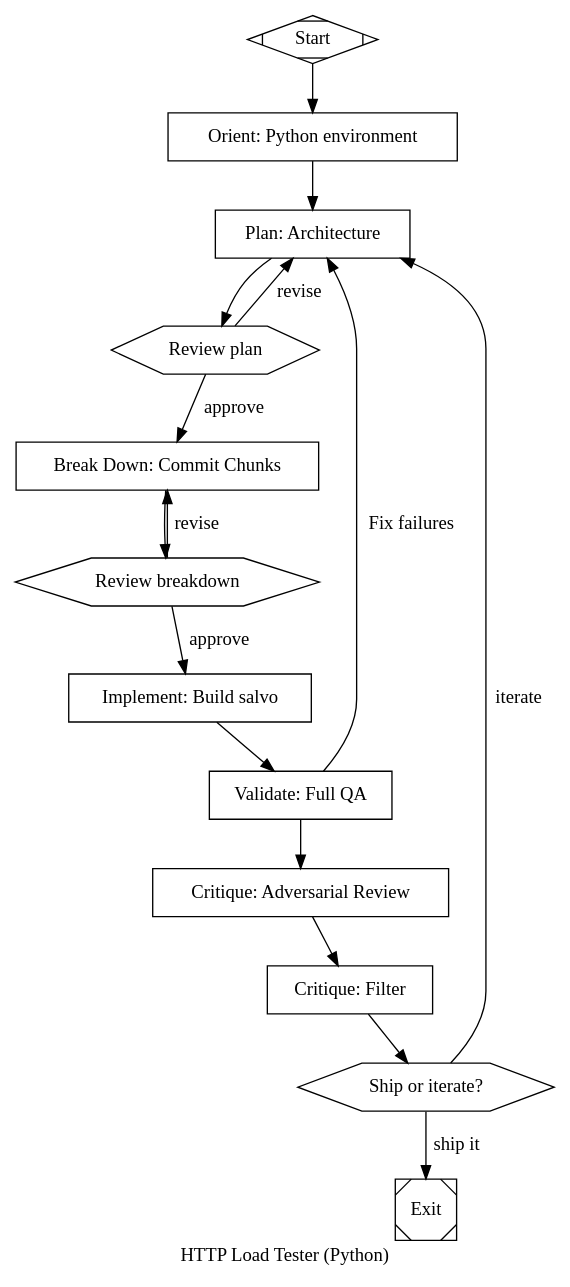
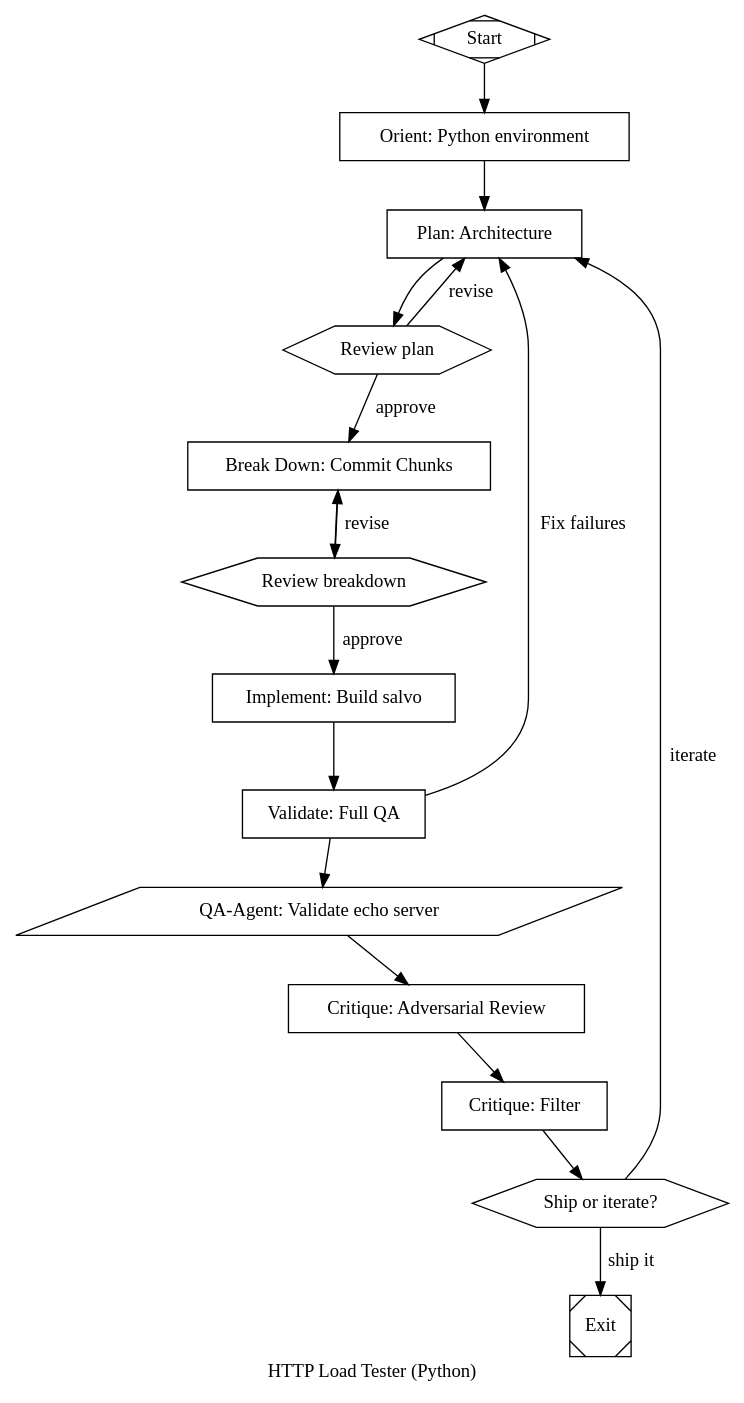
The diagram in dotfiles/project-http-load-tester.dot (johnnyhchen/soulcaster), drawn with Graphviz before and after one commit. The commit also changed 40 other files, not shown here.

```diff
--- a/dotfiles/project-http-load-tester.dot
+++ b/dotfiles/project-http-load-tester.dot
@@ -3,6 +3,41 @@
     goal = "Build an HTTP load testing tool in Python called 'salvo' that sends concurrent requests to a target URL and reports latency statistics. Features: (1) Configurable concurrency level (-c), total requests (-n), and duration (-d for time-based mode), (2) Support for GET, POST, PUT, DELETE with custom headers and JSON body from file, (3) Real-time progress bar showing RPS, latency percentiles, and error rate using rich library, (4) Final report with p50/p95/p99 latencies, total requests, error count, throughput, and a latency histogram rendered in the terminal, (5) HAR file export for detailed request/response logging, (6) Rate limiting option (--rps) to cap requests per second, (7) Connection reuse via aiohttp session pooling. The tool should use asyncio for concurrency and be installable via pip."
     label = "HTTP Load Tester (Python)"
     default_max_retry = 3
+
+    // ─── Definition of Done ─────────────────────────────────────────
+    //
+    //  The pipeline is complete when ALL of these are true:
+    //
+    //  BUILD
+    //    [ ] pip install -e . succeeds
+    //    [ ] python -m salvo --help runs without error
+    //
+    //  TESTS
+    //    [ ] pytest tests/ passes all tests
+    //    [ ] Tests cover: engine, stats, reporter, rate limiter, HAR export
+    //
+    //  FUNCTIONAL (verified by validate node + qa-agent)
+    //    [ ] salvo http://target -n 100 -c 10     → completes, shows stats table
+    //    [ ] salvo http://target -n 50 --rps 20   → rate-limited, actual RPS ≤ 25
+    //    [ ] salvo http://target -d 3s -c 5       → runs for ~3s then stops
+    //    [ ] salvo http://target -n 20 --har out.har → HAR file written, valid JSON
+    //    [ ] salvo http://target -X POST --data-file body.json -n 10 → POST requests sent
+    //    [ ] Stats report shows p50, p95, p99 latencies
+    //    [ ] Stats report shows ASCII latency histogram
+    //    [ ] Non-zero exit code when target is unreachable
+    //
+    //  QA-AGENT VERIFICATION
+    //    [ ] salvo starts a built-in echo server (salvo echo-server --port 9300)
+    //    [ ] qa-agent validates: GET http://localhost:9300/ returns 200,
+    //        POST http://localhost:9300/echo returns 200 with echoed body
+    //    [ ] qa-agent validates salvo's own run produces expected output artifacts
+    //
+    //  QUALITY
+    //    [ ] Graceful shutdown on Ctrl+C (SIGINT) — prints partial stats
+    //    [ ] No resource leaks — aiohttp sessions closed properly
+    //    [ ] Type hints on all public functions
+    //
+    // ─────────────────────────────────────────────────────────────────
 
     // ─── Model Stylesheet ────────────────────────────────────────────
     model_stylesheet = "
@@ -58,15 +93,16 @@
 5. salvo/reporter.py — rich-based live display and final summary
 6. salvo/har.py — HAR 1.2 file export
 7. salvo/limiter.py — token bucket rate limiter for --rps
-8. pyproject.toml — project metadata, dependencies, entry point
+8. salvo/echo_server.py — built-in echo HTTP server for testing and qa-agent validation (salvo echo-server --port PORT)
+9. pyproject.toml — project metadata, dependencies, entry point
 
 Key design decisions:
-- Engine model: producer-consumer with asyncio.Queue? Or semaphore-bounded gather?
-  Recommend: semaphore approach (simpler, aiohttp handles connection pooling)
-- Stats collection: thread-safe? Use asyncio primitives since everything is single-threaded async
-- Duration mode: how to stop? Use asyncio.wait_for with timeout, keep sending until time expires
-- Rate limiter: token bucket with asyncio.sleep for pacing
-- HAR export: collect entries during run, write to file after completion
+- Engine model: semaphore-bounded asyncio.gather with aiohttp session pooling
+- Stats: collected in-process via asyncio primitives (single-threaded async)
+- Duration mode: asyncio.wait_for with timeout
+- Rate limiter: token bucket with asyncio.sleep pacing
+- HAR: collect entries during run, write JSON after completion
+- Echo server: simple aiohttp server that returns request details as JSON — used by qa-agent for validation
 
 Dependencies: aiohttp, click, rich, numpy (for percentiles)
 
@@ -99,7 +135,8 @@
 7. Duration mode: --duration flag, time-based loop with graceful shutdown
 8. Rate limiter: --rps flag, token bucket implementation, integrate with engine
 9. HAR export: --har flag, collect entries, write HAR 1.2 JSON on completion
-10. Integration tests: test against a local httpbin-like server, verify stats accuracy
+10. Echo server: salvo echo-server --port PORT — returns request method, headers, body as JSON
+11. Integration tests: test against echo server, verify stats accuracy, HAR output
 
 IMPORTANT: Use bash heredoc for files over 100 lines.
 
@@ -146,18 +183,31 @@
 Validate:
 1. pip install -e . — installs without error
 2. python -m pytest tests/ -v — all tests pass
-3. Smoke test against a real endpoint:
-   - Start a simple HTTP server: python -c 'from http.server import HTTPServer, BaseHTTPRequestHandler; ...' &
-   - salvo http://localhost:8888 -n 100 -c 10 — completes, shows stats
-   - salvo http://localhost:8888 -n 50 -c 5 --rps 20 — rate limited run
-   - salvo http://localhost:8888 -d 3s -c 5 — duration mode
-   - salvo http://localhost:8888 -n 20 --har /tmp/test.har — HAR export exists
-4. python -m mypy salvo/ --ignore-missing-imports — type check (if mypy available)
-5. Verify --help output documents all flags
+3. Smoke test against the built-in echo server:
+   - python -m salvo echo-server --port 9300 &
+   - salvo http://localhost:9300 -n 100 -c 10 — completes, shows stats
+   - salvo http://localhost:9300 -n 50 -c 5 --rps 20 — rate limited run
+   - salvo http://localhost:9300 -d 3s -c 5 — duration mode
+   - salvo http://localhost:9300 -n 20 --har /tmp/test.har — HAR export exists and is valid JSON
+   - kill the echo server
+4. Verify --help output documents all flags
+5. Verify non-zero exit code: salvo http://localhost:1 -n 1 (unreachable target)
 
 Compare against prior logs/validate/VALIDATION-RUN-*.md.
 
 Write to logs/validate/VALIDATION-RUN-{N}.md."
+    ]
+
+    // ═══════════════════════════════════════════════════════════════════
+    //  PHASE 4b: QA-AGENT VALIDATION
+    //  Start the echo server, run qa-agent to validate its endpoints,
+    //  then run salvo against it and verify output.
+    // ═══════════════════════════════════════════════════════════════════
+
+    qa_agent_validate [
+        shape=parallelogram,
+        label="QA-Agent: Validate echo server",
+        tool_command="cd $PROJECT_ROOT && pip install -e . 2>/dev/null && python -m salvo echo-server --port 9300 & ECHO_PID=$! && sleep 2 && cd $HOME/qa-agent && go run ./cmd/qa-agent run --feature 'GET http://localhost:9300/ returns JSON with status 200 containing a method field. POST http://localhost:9300/echo with body hello returns JSON with status 200 containing the echoed body. GET http://localhost:9300/health returns status 200.' --surfaces api --budget-steps 30 --budget-minutes 3 --output-dir /tmp/qa-salvo-run 2>&1; QA_EXIT=$?; kill $ECHO_PID 2>/dev/null; exit $QA_EXIT"
     ]
 
     // ═══════════════════════════════════════════════════════════════════
@@ -214,8 +264,10 @@
     review_breakdown -> breakdown [label="revise"]
 
     implement -> validate
-    validate -> critique_harsh [condition="outcome=success"]
+    validate -> qa_agent_validate [condition="outcome=success"]
     validate -> plan [condition="outcome=fail", label="Fix failures"]
+
+    qa_agent_validate -> critique_harsh
 
     critique_harsh -> critique_pareto -> critique_gate
     critique_gate -> exit [label="ship it"]
```
